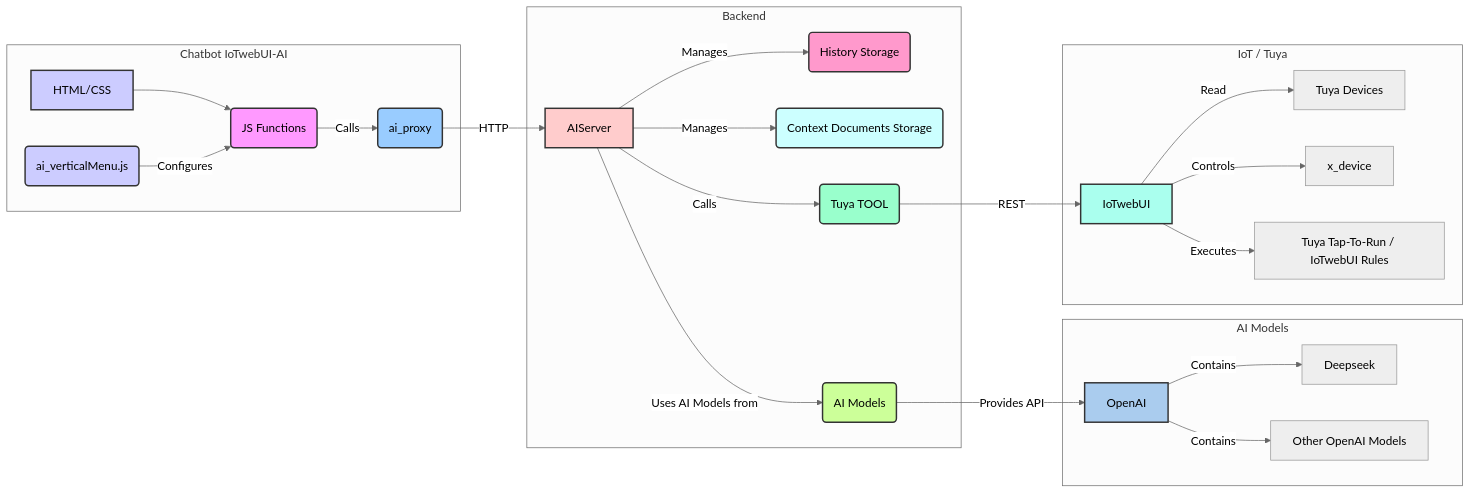
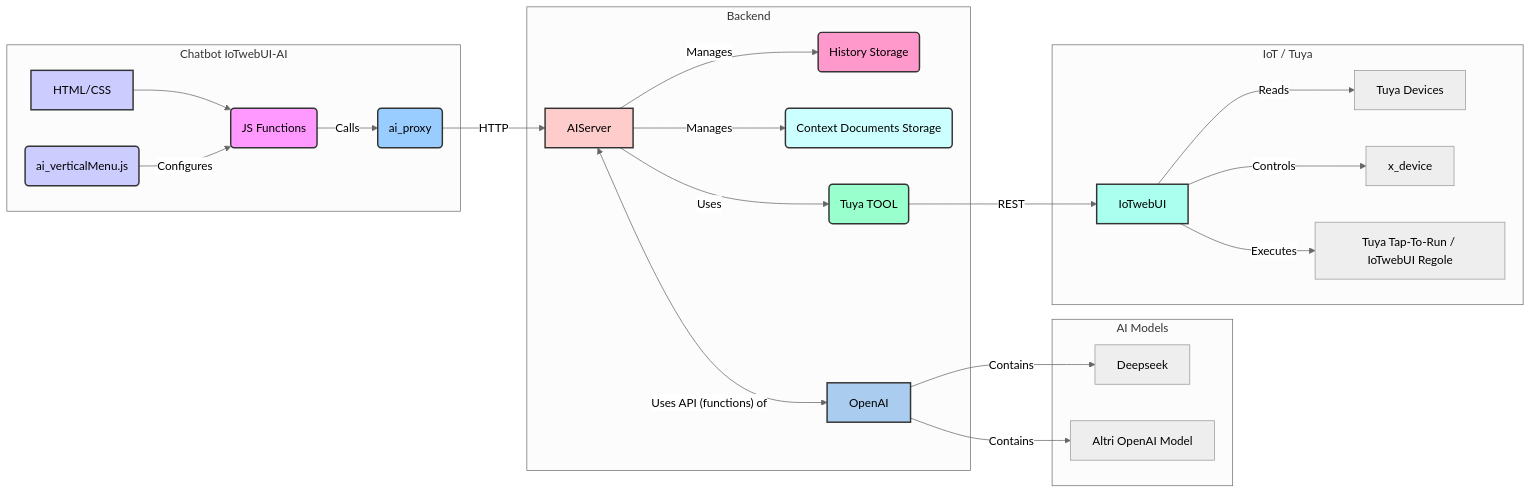
The diagram in IOTwebUI-AI/README.md (msillano/IoTwebUI), drawn with Mermaid before and after one commit. The commit also changed other lines of this file, not shown here.

````diff
--- a/IOTwebUI-AI/README.md
+++ b/IOTwebUI-AI/README.md
@@ -9,41 +9,39 @@
 ```mermaid
 %%{init: {'theme': 'neutral'}}%%
 graph LR
     subgraph Chatbot IoTwebUI-AI
         style UI fill:#ccf,stroke:#333,stroke-width:2px
         style UI_JS fill:#f9f,stroke:#333,stroke-width:2px
         style UI_Menu fill:#ccf,stroke:#333,stroke-width:2px
         UI[HTML/CSS] --> UI_JS(JS Functions);
         UI_Menu(ai_verticalMenu.js) -- Configures --> UI_JS;
         UI_JS -- Calls --> Proxy(ai_proxy);
     end
 
     subgraph Backend
         style Proxy fill:#9cf,stroke:#333,stroke-width:2px
         style AIServer fill:#fcc,stroke:#333,stroke-width:2px
         style HistoryDB fill:#f9c,stroke:#333,stroke-width:2px
         style ContextFiles fill:#cff,stroke:#333,stroke-width:2px
         Proxy -- HTTP --> AIServer;
-        AIServer -- Uses AI Models from --> AIModels(AI Models);
+        AIServer <-- Uses API (functions) of --> OpenAI;
         AIServer -- Manages --> HistoryDB(History Storage);
         AIServer -- Manages --> ContextFiles(Context Documents Storage);
-        AIServer -- Calls   --> IoT(Tuya TOOL);
+        AIServer -- Uses --> IoT(Tuya TOOL);
     end
 
-    subgraph AI Models
-        style AIModels fill:#cf9,stroke:#333,stroke-width:2px
+    subgraph AI Models 
         style OpenAI fill:#ace,stroke:#333,stroke-width:2px
-        AIModels -- Provides API --> OpenAI;
-        OpenAI -- Contains --> Deepseek;
-        OpenAI -- Contains --> GPTModels[Other OpenAI Models];
+        OpenAI -- Contains  --> Deepseek;
+        OpenAI -- Contains --> GPTModels[Altri OpenAI Model];
      end
 
     subgraph IoT / Tuya
         style IoT fill:#9fc,stroke:#333,stroke-width:2px
         style IoTwebUI fill:#afe,stroke:#333,stroke-width:2px
         IoT -- REST --> IoTwebUI;
-        IoTwebUI -- Read -->     TuyaDevices[Tuya Devices];
+        IoTwebUI -- Reads -->     TuyaDevices[Tuya Devices];
         IoTwebUI -- Controls --> x_device;
-        IoTwebUI -- Executes --> TuyaAutomations[Tuya Tap-To-Run / IoTwebUI Rules];
+        IoTwebUI -- Executes --> TuyaAutomations[Tuya Tap-To-Run / IoTwebUI Regole];
     end
 ```
````
